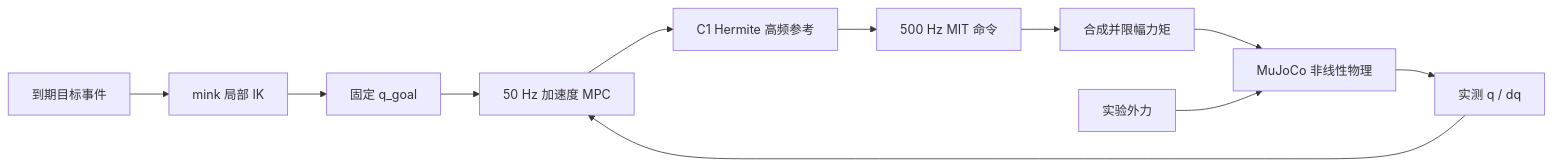
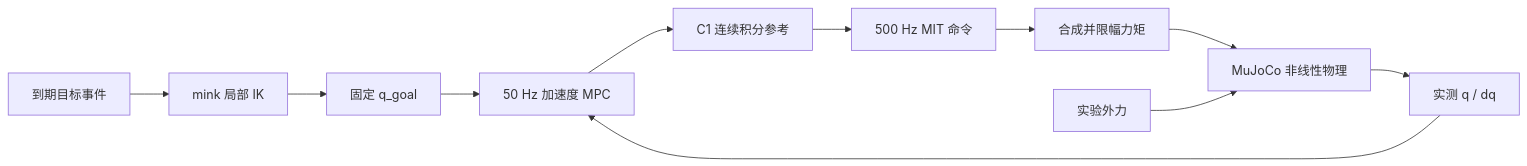
The diagram in docs/00_overview.md (zhangfuyong888/franka_mpc), drawn with Mermaid before and after one commit. The commit also changed other lines of this file and 37 other files, not shown here.

````diff
--- a/docs/00_overview.md
+++ b/docs/00_overview.md
@@ -5,13 +5,13 @@
 ```mermaid
 flowchart LR
   E[到期目标事件] --> I[mink 局部 IK]
   I --> Q[固定 q_goal]
   S[实测 q / dq] --> M[50 Hz 加速度 MPC]
   Q --> M
-  M --> R[C1 Hermite 高频参考]
+  M --> R[C1 连续积分参考]
   R --> C[500 Hz MIT 命令]
   C --> A[合成并限幅力矩]
   A --> P[MuJoCo 非线性物理]
   P --> S
   D[实验外力] --> P
 ```
````
